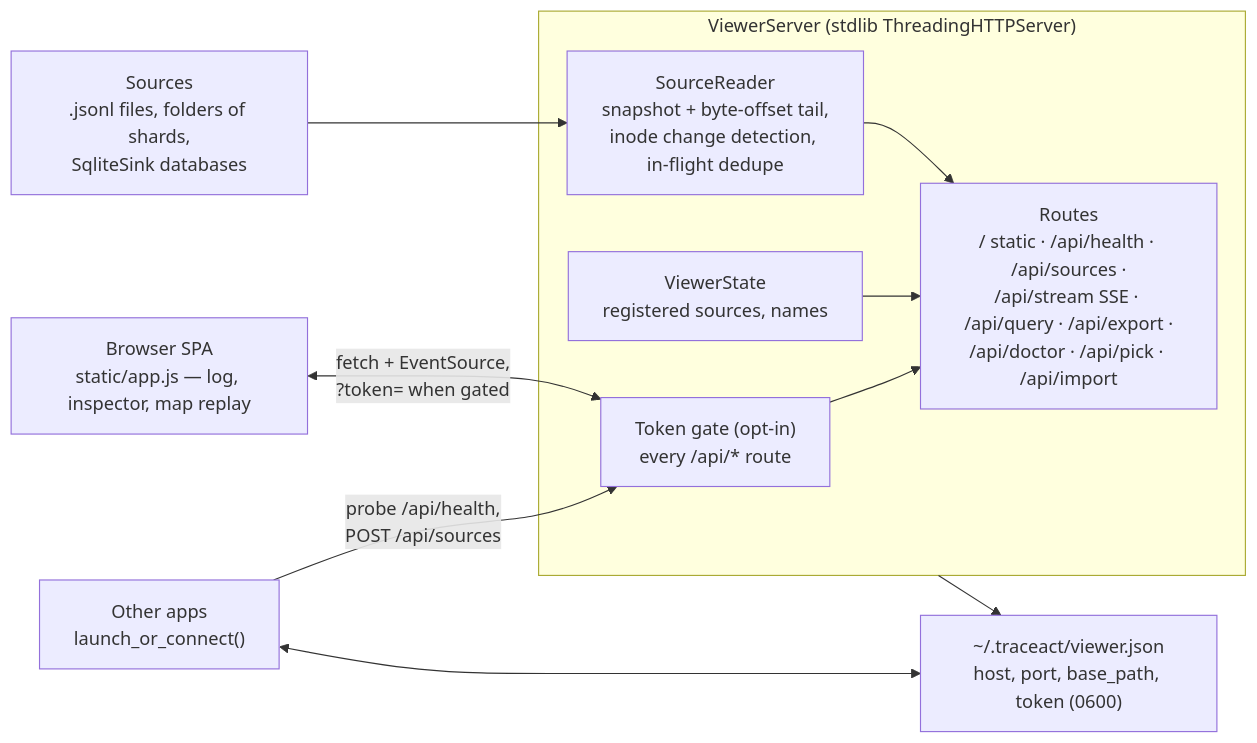
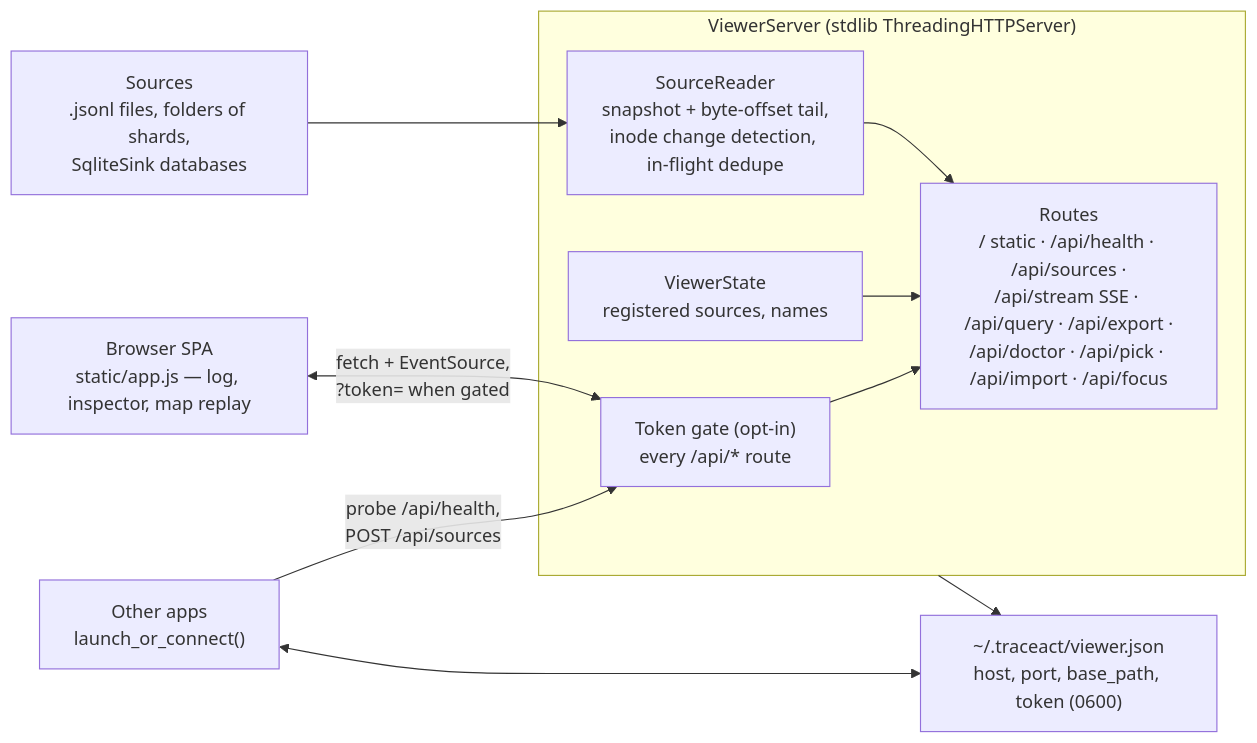
One commit to traceact/traceact changed the second of 2 diagrams in ARCHITECTURE.md. Above: the diagram before and after it, drawn with Mermaid. The commit also changed other lines of this file and 15 other files, not shown here.

````diff
--- a/ARCHITECTURE.md
+++ b/ARCHITECTURE.md
@@ -62,24 +62,24 @@
 ```mermaid
 flowchart LR
     files["Sources<br/>.jsonl files, folders of shards,<br/>SqliteSink databases"]
 
     subgraph server ["ViewerServer (stdlib ThreadingHTTPServer)"]
         gate["Token gate (opt-in)<br/>every /api/* route"]
-        routes["Routes<br/>/ static · /api/health · /api/sources ·<br/>/api/stream SSE · /api/query · /api/export ·<br/>/api/doctor · /api/pick · /api/import"]
+        routes["Routes<br/>/ static · /api/health · /api/sources ·<br/>/api/stream SSE · /api/query · /api/export ·<br/>/api/doctor · /api/pick · /api/import · /api/focus"]
         state["ViewerState<br/>registered sources, names"]
         reader["SourceReader<br/>snapshot + byte-offset tail,<br/>inode change detection, in-flight dedupe"]
     end
 
     browser["Browser SPA<br/>static/app.js — log, inspector, map replay"]
     statefile["~/.traceact/viewer.json<br/>host, port, base_path, token (0600)"]
     apps["Other apps<br/>launch_or_connect()"]
 
     files --> reader
     reader --> routes
     state --> routes
     gate --> routes
     browser <-->|"fetch + EventSource,<br/>?token= when gated"| gate
     apps -->|"probe /api/health,<br/>POST /api/sources"| gate
     apps <--> statefile
     server --> statefile
 ```
````
